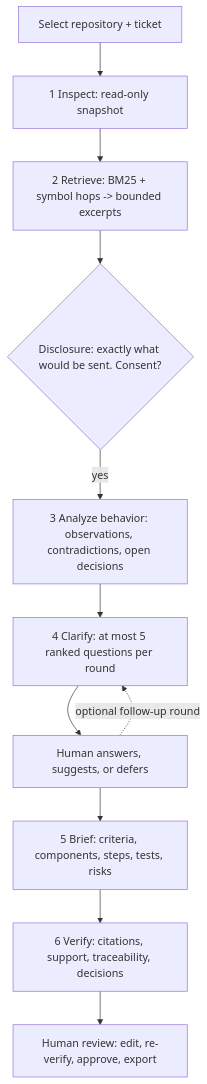
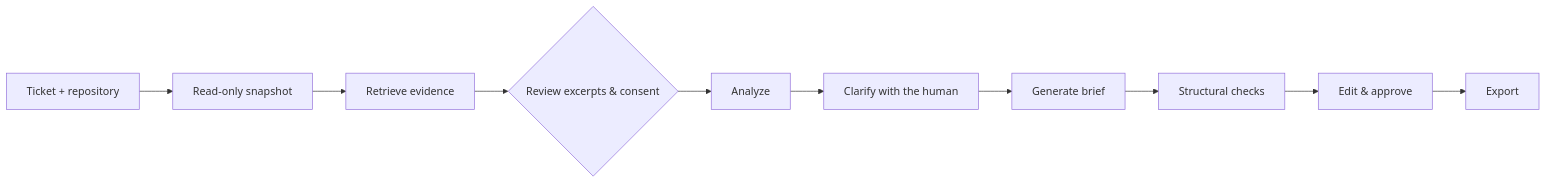
Before and after one commit to ns-0437/readyspec: the diagram in README.md, drawn with Mermaid. The commit also changed other lines of this file and 2 other files, not shown here.

````diff
--- a/README.md
+++ b/README.md
@@ -63,13 +117,12 @@
 ```mermaid
-flowchart TD
-  A[Select repository + ticket] --> B[1 Inspect: read-only snapshot]
-  B --> C[2 Retrieve: BM25 + symbol hops -> bounded excerpts]
-  C --> D{Disclosure: exactly what would be sent. Consent?}
-  D -->|yes| E[3 Analyze behavior: observations, contradictions, open decisions]
-  E --> F[4 Clarify: at most 5 ranked questions per round]
-  F --> G[Human answers, suggests, or defers]
-  G --> H[5 Brief: criteria, components, steps, tests, risks]
-  H --> I[6 Verify: citations, support, traceability, decisions]
-  I --> J[Human review: edit, re-verify, approve, export]
-  G -.->|optional follow-up round| F
+flowchart LR
+    A[Ticket + repository] --> B[Read-only snapshot]
+    B --> C[Retrieve evidence]
+    C --> D{Review excerpts & consent}
+    D --> E[Analyze]
+    E --> F[Clarify with the human]
+    F --> G[Generate brief]
+    G --> H[Structural checks]
+    H --> I[Edit & approve]
+    I --> J[Export]
 ```
````
